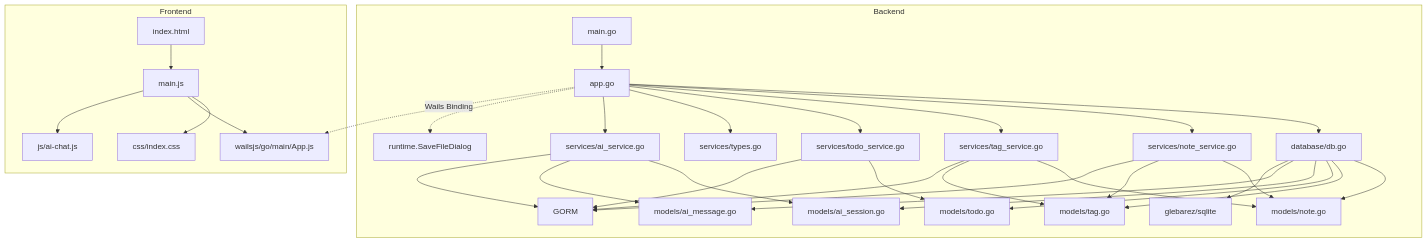
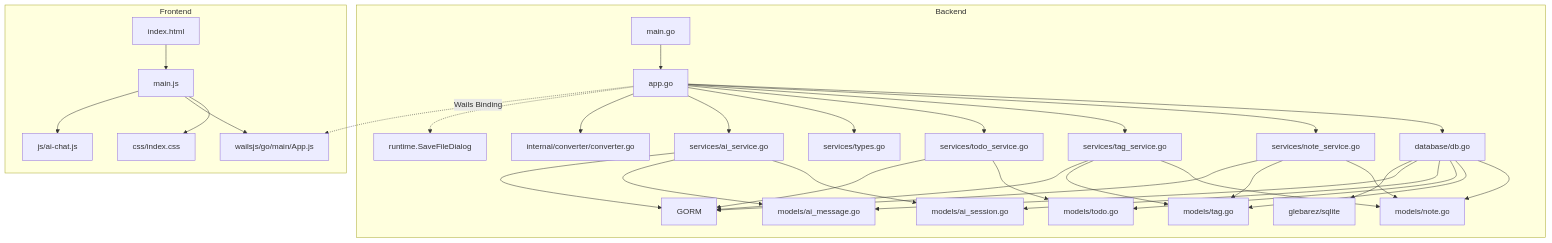
The diagram in AGENTS.md (QiaoMuDe/jot), drawn with Mermaid before and after one commit. The commit also changed other lines of this file and 15 other files, not shown here.

````diff
--- a/AGENTS.md
+++ b/AGENTS.md
@@ -224,39 +227,40 @@
 ```mermaid
 graph TD
     subgraph Backend
         A[main.go] --> B[app.go]
         B --> C[database/db.go]
         B --> D[services/note_service.go]
         B --> E[services/tag_service.go]
         B --> TD[services/todo_service.go]
         B --> F[services/types.go]
         B --> AI[services/ai_service.go]
+        B --> CV[internal/converter/converter.go]
         C --> G[models/note.go]
         C --> H[models/tag.go]
         C --> TD2[models/todo.go]
         C --> I[models/ai_session.go]
         C --> J[models/ai_message.go]
         D --> G
         D --> H
         E --> G
         E --> H
         TD --> TD2
         AI --> I
         AI --> J
         C --> K[glebarez/sqlite]
         D --> L[GORM]
         E --> L
         TD --> L
         AI --> L
         B -.-> M[runtime.SaveFileDialog]
     end
 
     subgraph Frontend
         N[index.html] --> O[main.js]
         O --> P[css/index.css]
         O --> Q[wailsjs/go/main/App.js]
         O --> R[js/ai-chat.js]
     end
 
     B -.->|Wails Binding| Q
 ```
````
